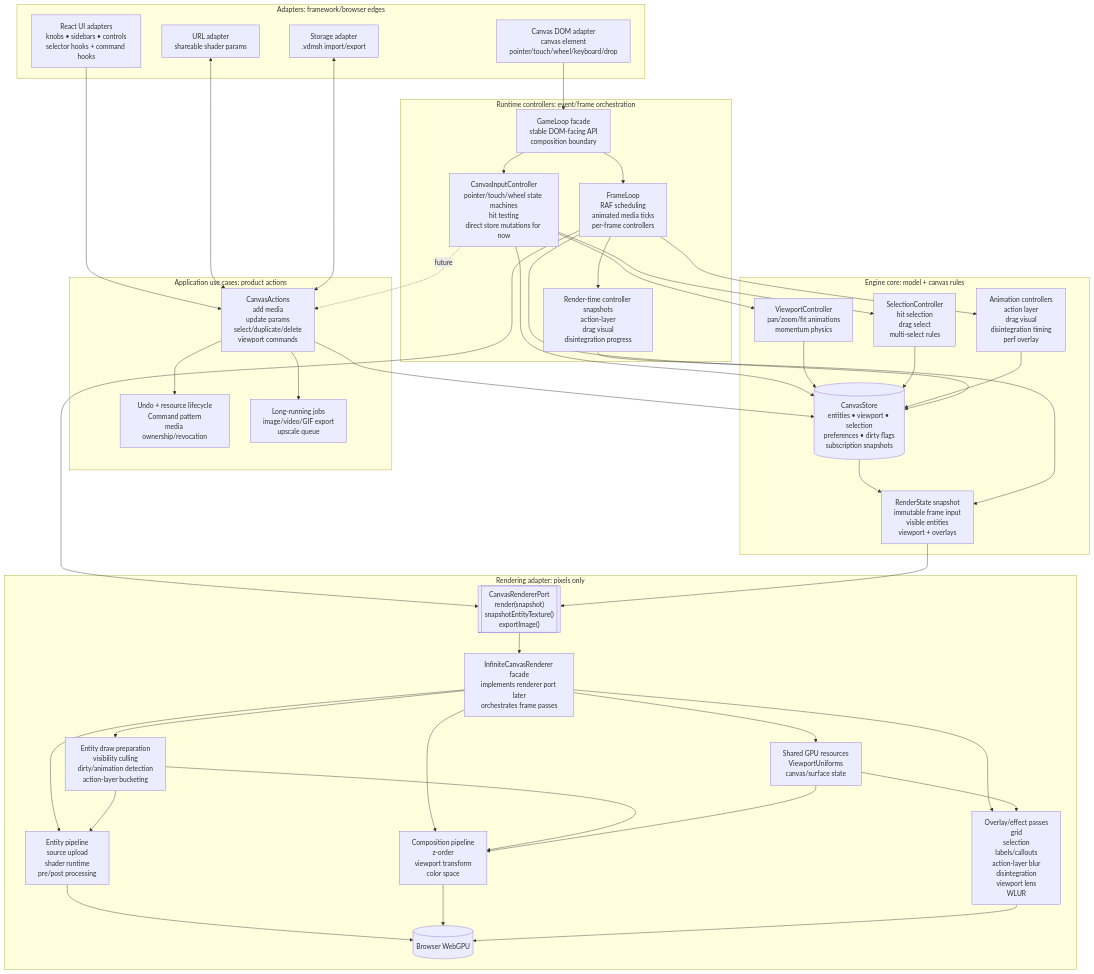
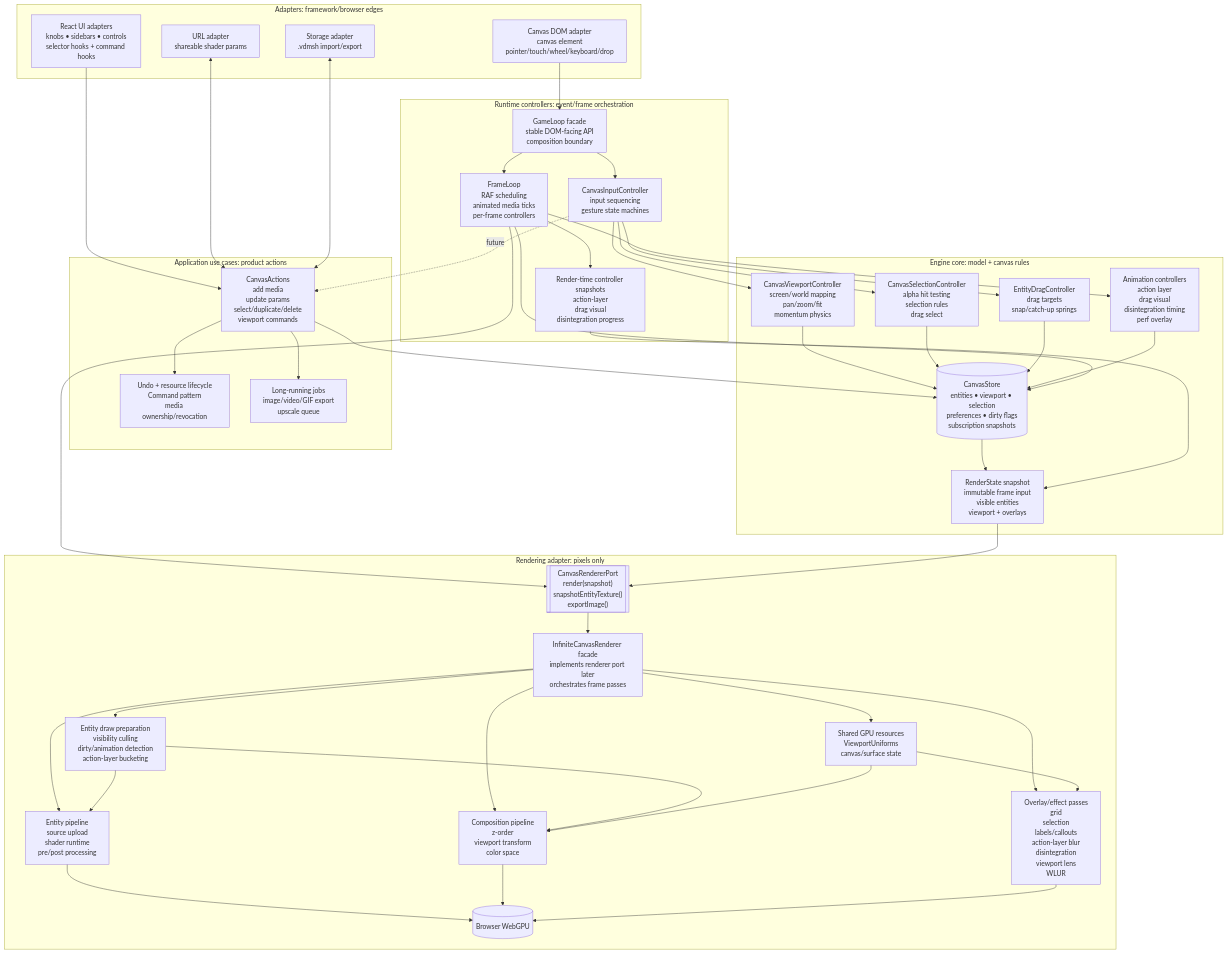
One commit to ogdakke/voidmesh changed the third of 5 diagrams in ARCHITECTURE.md. Above: the diagram before and after it, drawn with Mermaid. The commit also changed other lines of this file and 5 other files, not shown here.

First line of the commit message:
Delegate canvas input work to focused controllers

```diff
--- a/ARCHITECTURE.md
+++ b/ARCHITECTURE.md
@@ -329,15 +331,16 @@
 
   subgraph Runtime["Runtime controllers: event/frame orchestration"]
     gameLoopFacade["GameLoop facade<br/>stable DOM-facing API<br/>composition boundary"]
-    inputController["CanvasInputController<br/>pointer/touch/wheel state machines<br/>hit testing<br/>direct store mutations for now"]
+    inputController["CanvasInputController<br/>input sequencing<br/>gesture state machines"]
     frameLoop["FrameLoop<br/>RAF scheduling<br/>animated media ticks<br/>per-frame controllers"]
     renderRuntime["Render-time controller snapshots<br/>action-layer<br/>drag visual<br/>disintegration progress"]
   end
 
   subgraph Engine["Engine core: model + canvas rules"]
     store[(CanvasStore<br/>entities • viewport • selection<br/>preferences • dirty flags<br/>subscription snapshots)]
-    viewportController["ViewportController<br/>pan/zoom/fit animations<br/>momentum physics"]
-    selectionController["SelectionController<br/>hit selection<br/>drag select<br/>multi-select rules"]
+    viewportController["CanvasViewportController<br/>screen/world mapping<br/>pan/zoom/fit<br/>momentum physics"]
+    selectionController["CanvasSelectionController<br/>alpha hit testing<br/>selection rules<br/>drag select"]
+    entityDragController["EntityDragController<br/>drag targets<br/>snap/catch-up springs"]
     animationControllers["Animation controllers<br/>action layer<br/>drag visual<br/>disintegration timing<br/>perf overlay"]
     renderSnapshot["RenderState snapshot<br/>immutable frame input<br/>visible entities<br/>viewport + overlays"]
   end
@@ -361,11 +364,12 @@
   storageAdapter <--> actions
 
   inputController -. future .-> actions
-  inputController --> store
+  inputController --> selectionController
   inputController --> viewportController
-  inputController --> selectionController
+  inputController --> entityDragController
   viewportController --> store
   selectionController --> store
+  entityDragController --> store
   actions --> undo
   actions --> store
   actions --> jobs
```
